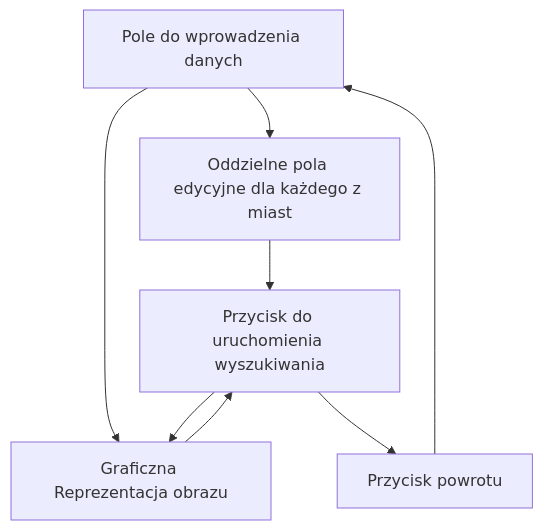
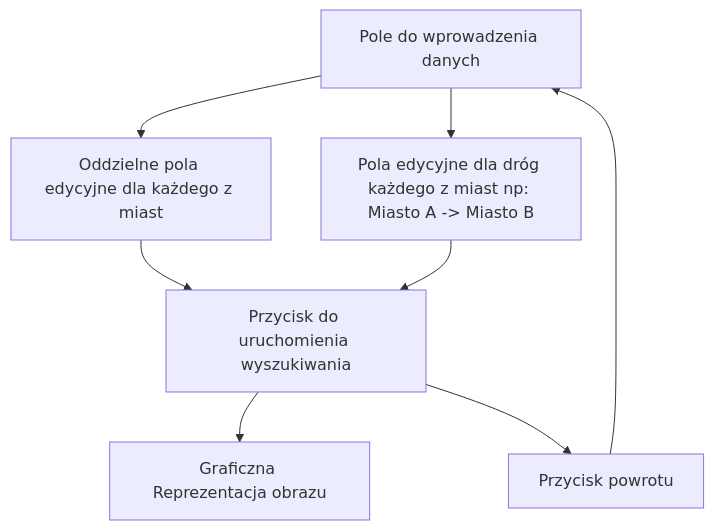
One commit to n-kodem/CitiesTravelling changed the first of 2 diagrams in README.md. Above: the diagram before and after it, drawn with Mermaid.

Commit message:
README.md update

````diff
--- a/README.md
+++ b/README.md
@@ -29,8 +29,8 @@
 ```mermaid
 flowchart TD;
       A[Pole do wprowadzenia danych]-->B["Oddzielne pola edycyjne dla każdego z miast"];
     A-->D["Pola edycyjne dla dróg każdego z miast np: Miasto A -> Miasto B"];
     B & D --> C["Przycisk do uruchomienia wyszukiwania"];
-    C --> D["Graficzna Reprezentacja obrazu"] & E["Przycisk powrotu"];
-    E --> A;
+    C --> E["Graficzna Reprezentacja obrazu"] & F["Przycisk powrotu"];
+    F --> A;
 ```
````
